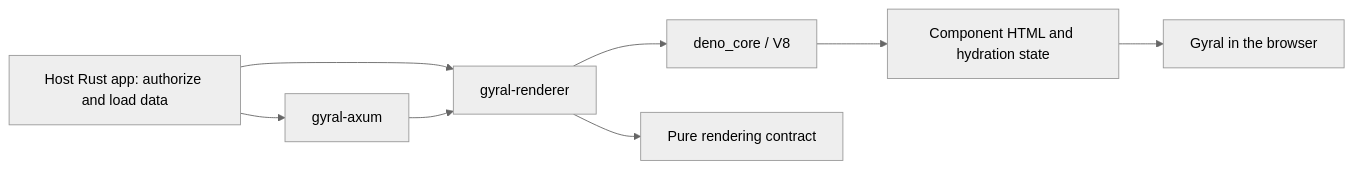
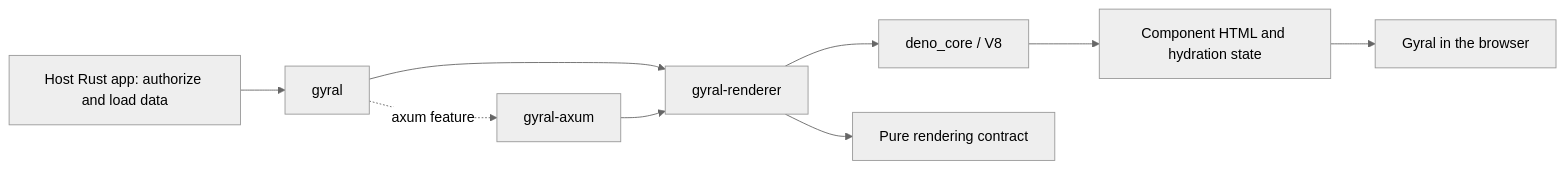
One commit to gyraljs/gyral-rs changed the diagram in README.md. Above: the diagram before and after it, drawn with Mermaid (neutral theme). The commit also changed other lines of this file and 44 other files, not shown here.

````diff
--- a/README.md
+++ b/README.md
@@ -136,10 +155,11 @@
 ```mermaid
 flowchart LR
-    Host[Host Rust app: authorize and load data] --> Renderer[gyral-renderer]
+    Host[Host Rust app: authorize and load data] --> Front[gyral]
+    Front --> Renderer[gyral-renderer]
+    Front -. axum feature .-> Adapter
     Renderer --> Engine[deno_core / V8]
     Renderer --> Contract[Pure rendering contract]
-    Host --> Adapter[gyral-axum]
-    Adapter --> Renderer
+    Adapter[gyral-axum] --> Renderer
     Engine --> HTML[Component HTML and hydration state]
     HTML --> Browser[Gyral in the browser]
 ```
````
